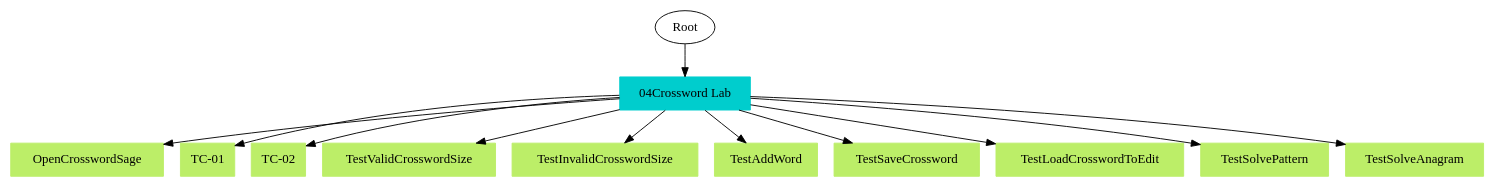
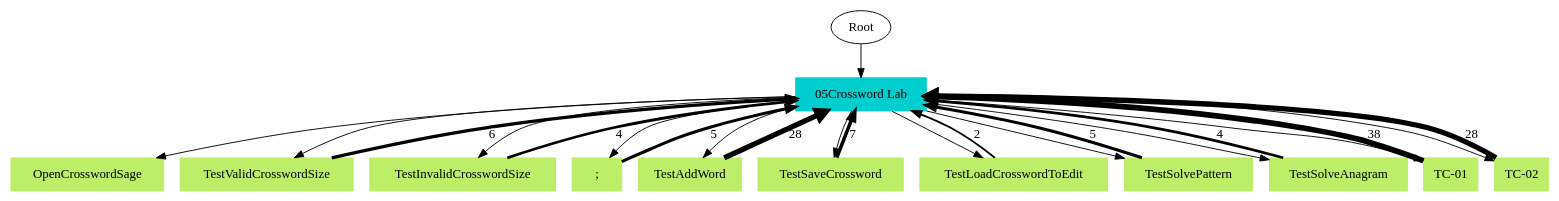
One commit to mypstom/robotide changed the diagram in TS2TC.gv. Above: the diagram before and after it, drawn with Graphviz. The commit also changed 21 other files, not shown here.

Commit message:
Component 圖 +上 Coupling 計算

```diff
--- a/TS2TC.gv
+++ b/TS2TC.gv
@@ -1,26 +1,38 @@
 // TS <-> TC
 digraph {
 	Root
-	"04Crossword Lab" [color=cyan3 shape=box style=filled]
-		Root -> "04Crossword Lab"
+	"05Crossword Lab" [color=cyan3 shape=box style=filled]
+		Root -> "05Crossword Lab"
 	OpenCrosswordSage [color=darkolivegreen2 shape=box style=filled]
-		"04Crossword Lab" -> OpenCrosswordSage
+		"05Crossword Lab" -> OpenCrosswordSage
+	TestValidCrosswordSize [color=darkolivegreen2 shape=box style=filled]
+		"05Crossword Lab" -> TestValidCrosswordSize
+	TestInvalidCrosswordSize [color=darkolivegreen2 shape=box style=filled]
+		"05Crossword Lab" -> TestInvalidCrosswordSize
+	";" [color=darkolivegreen2 shape=box style=filled]
+		"05Crossword Lab" -> ";"
+	TestAddWord [color=darkolivegreen2 shape=box style=filled]
+		"05Crossword Lab" -> TestAddWord
+	TestSaveCrossword [color=darkolivegreen2 shape=box style=filled]
+		"05Crossword Lab" -> TestSaveCrossword
+	TestLoadCrosswordToEdit [color=darkolivegreen2 shape=box style=filled]
+		"05Crossword Lab" -> TestLoadCrosswordToEdit
+	TestSolvePattern [color=darkolivegreen2 shape=box style=filled]
+		"05Crossword Lab" -> TestSolvePattern
+	TestSolveAnagram [color=darkolivegreen2 shape=box style=filled]
+		"05Crossword Lab" -> TestSolveAnagram
 	"TC-01" [color=darkolivegreen2 shape=box style=filled]
-		"04Crossword Lab" -> "TC-01"
+		"05Crossword Lab" -> "TC-01"
 	"TC-02" [color=darkolivegreen2 shape=box style=filled]
-		"04Crossword Lab" -> "TC-02"
-	TestValidCrosswordSize [color=darkolivegreen2 shape=box style=filled]
-		"04Crossword Lab" -> TestValidCrosswordSize
-	TestInvalidCrosswordSize [color=darkolivegreen2 shape=box style=filled]
-		"04Crossword Lab" -> TestInvalidCrosswordSize
-	TestAddWord [color=darkolivegreen2 shape=box style=filled]
-		"04Crossword Lab" -> TestAddWord
-	TestSaveCrossword [color=darkolivegreen2 shape=box style=filled]
-		"04Crossword Lab" -> TestSaveCrossword
-	TestLoadCrosswordToEdit [color=darkolivegreen2 shape=box style=filled]
-		"04Crossword Lab" -> TestLoadCrosswordToEdit
-	TestSolvePattern [color=darkolivegreen2 shape=box style=filled]
-		"04Crossword Lab" -> TestSolvePattern
-	TestSolveAnagram [color=darkolivegreen2 shape=box style=filled]
-		"04Crossword Lab" -> TestSolveAnagram
+		"05Crossword Lab" -> "TC-02"
+		";" -> "05Crossword Lab" [label=5 penwidth=3.32192809489]
+		TestSolveAnagram -> "05Crossword Lab" [label=4 penwidth=3.0]
+		TestInvalidCrosswordSize -> "05Crossword Lab" [label=4 penwidth=3.0]
+		TestSaveCrossword -> "05Crossword Lab" [label=7 penwidth=3.80735492206]
+		TestValidCrosswordSize -> "05Crossword Lab" [label=6 penwidth=3.58496250072]
+		TestLoadCrosswordToEdit -> "05Crossword Lab" [label=2 penwidth=2.0]
+		"TC-01" -> "05Crossword Lab" [label=38 penwidth=6.24792751344]
+		TestAddWord -> "05Crossword Lab" [label=28 penwidth=5.80735492206]
+		"TC-02" -> "05Crossword Lab" [label=28 penwidth=5.80735492206]
+		TestSolvePattern -> "05Crossword Lab" [label=5 penwidth=3.32192809489]
 }
```
